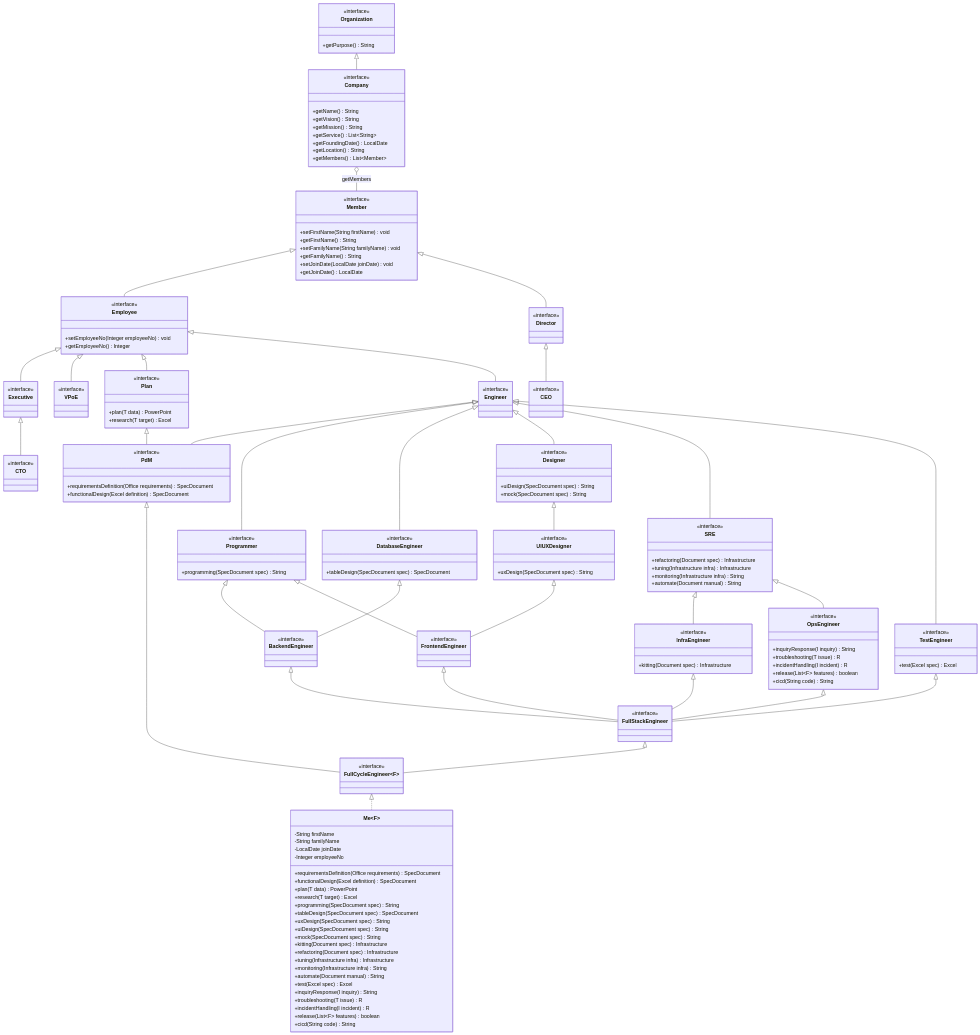
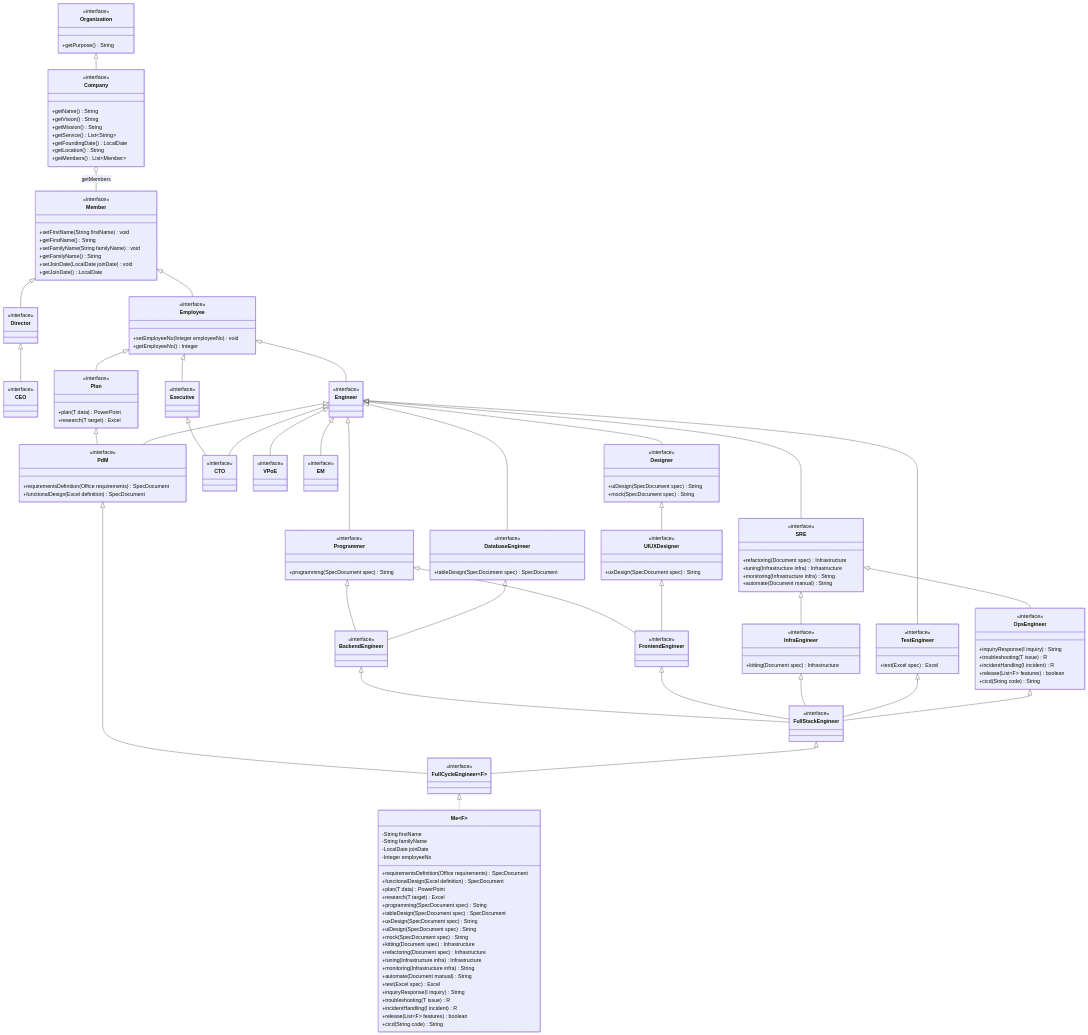
The first of 2 diagrams in README.md (gn5r/company), drawn with Mermaid before and after one commit. The commit also changed 6 other files, not shown here.

Commit message:
refactor: Move CTO, EM, and VPoE interfaces to engineer package and update class diagram

```diff
--- a/README.md
+++ b/README.md
@@ -54,19 +54,9 @@
         <<interface>>
     }
 
-    class CTO {
-        <<interface>>
-    }
-
-    class VPoE {
-        <<interface>>
-    }
-
     Member <|-- Director
     Director <|-- CEO
     Employee <|-- Executive
-    Executive <|-- CTO
-    Employee <|-- VPoE
 
     %% ==================== Roles: Business ====================
     class Plan {
@@ -86,6 +76,18 @@
 
     %% ==================== Roles: Technology / Engineer ====================
     class Engineer {
+        <<interface>>
+    }
+
+    class CTO {
+        <<interface>>
+    }
+
+    class VPoE {
+        <<interface>>
+    }
+
+    class EM {
         <<interface>>
     }
 
@@ -181,6 +183,10 @@
     }
 
     Employee <|-- Engineer
+    Executive <|-- CTO
+    Engineer <|-- CTO
+    Engineer <|-- VPoE
+    Engineer <|-- EM
     Engineer <|-- PdM
     Engineer <|-- Programmer
     Engineer <|-- DatabaseEngineer
```
